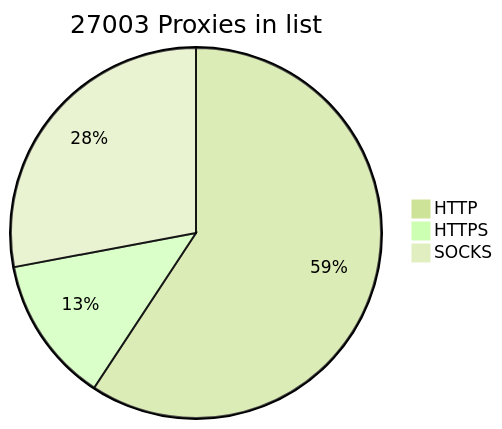
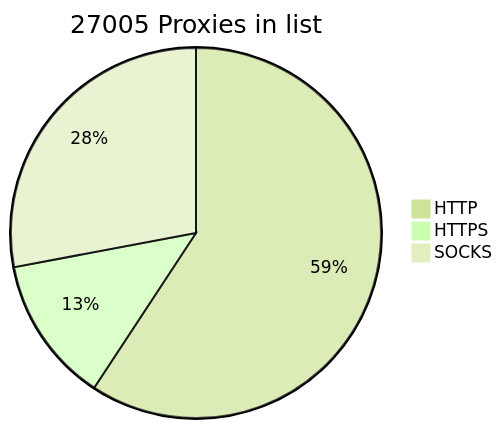
Before and after one commit to BlackSnowDot/proxylist-update-every-minute: the diagram in README.md, drawn with Mermaid (forest theme).

````diff
--- a/README.md
+++ b/README.md
@@ -2,6 +2,6 @@
 ```mermaid
-pie title 27003 Proxies in list
+pie title 27005 Proxies in list
     "HTTP" : 17615
     "HTTPS": 3800
-    "SOCKS" : 8309
+    "SOCKS" : 8311
 ```
````
